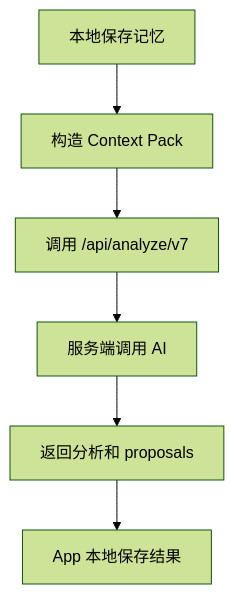
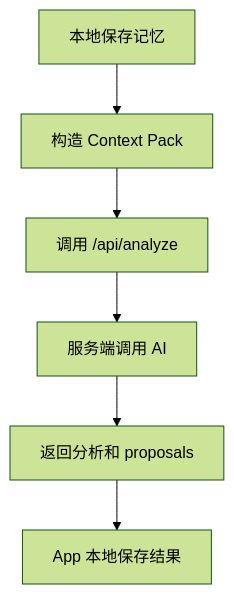
The diagram in docs/mory_system_handbook_zh/05_storage_and_server.md (daaihang/sprout), drawn with Mermaid (forest theme) before and after one commit. The commit also changed other lines of this file and 90 other files, not shown here.

````diff
--- a/docs/mory_system_handbook_zh/05_storage_and_server.md
+++ b/docs/mory_system_handbook_zh/05_storage_and_server.md
@@ -41,8 +41,8 @@
 ```mermaid
 flowchart TD
     A["本地保存记忆"] --> B["构造 Context Pack"]
-    B --> C["调用 /api/analyze/v7"]
+    B --> C["调用 /api/analyze"]
     C --> D["服务端调用 AI"]
     D --> E["返回分析和 proposals"]
     E --> F["App 本地保存结果"]
 ```
````
